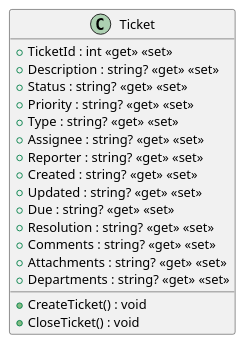
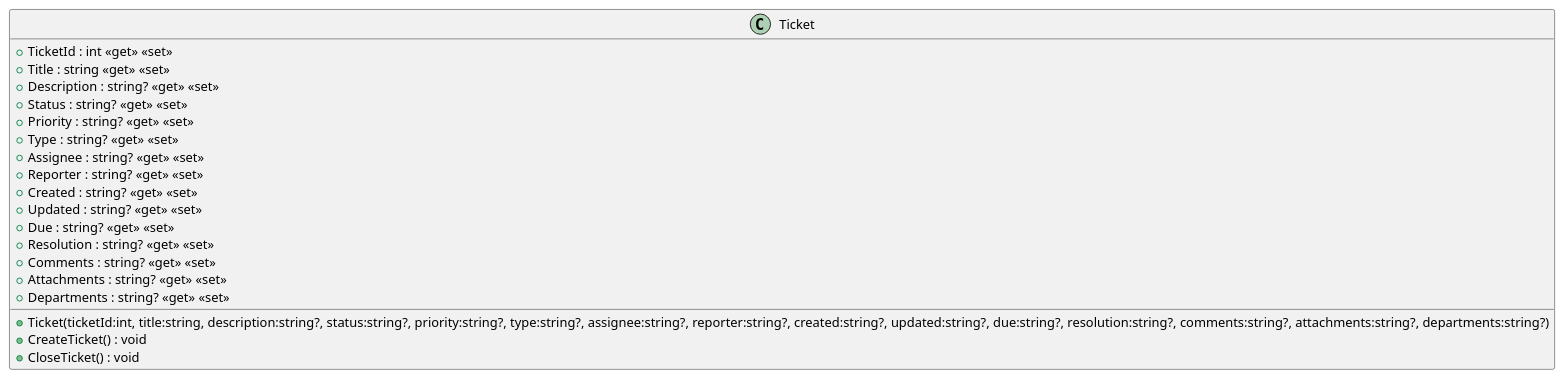
Before and after one commit to lh1207/AeroAssist: the diagram in puml/Ticket.puml, drawn with PlantUML. The commit also changed 13 other files, not shown here.

Commit message:
Generate PlantUML diagram

```diff
--- a/puml/Ticket.puml
+++ b/puml/Ticket.puml
@@ -1,20 +1,22 @@
 @startuml
 class Ticket {
     + TicketId : int <<get>> <<set>>
+    + Title : string <<get>> <<set>>
     + Description : string? <<get>> <<set>>
     + Status : string? <<get>> <<set>>
     + Priority : string? <<get>> <<set>>
     + Type : string? <<get>> <<set>>
     + Assignee : string? <<get>> <<set>>
     + Reporter : string? <<get>> <<set>>
     + Created : string? <<get>> <<set>>
     + Updated : string? <<get>> <<set>>
     + Due : string? <<get>> <<set>>
     + Resolution : string? <<get>> <<set>>
     + Comments : string? <<get>> <<set>>
     + Attachments : string? <<get>> <<set>>
     + Departments : string? <<get>> <<set>>
+    + Ticket(ticketId:int, title:string, description:string?, status:string?, priority:string?, type:string?, assignee:string?, reporter:string?, created:string?, updated:string?, due:string?, resolution:string?, comments:string?, attachments:string?, departments:string?)
     + CreateTicket() : void
     + CloseTicket() : void
 }
 @enduml
```
